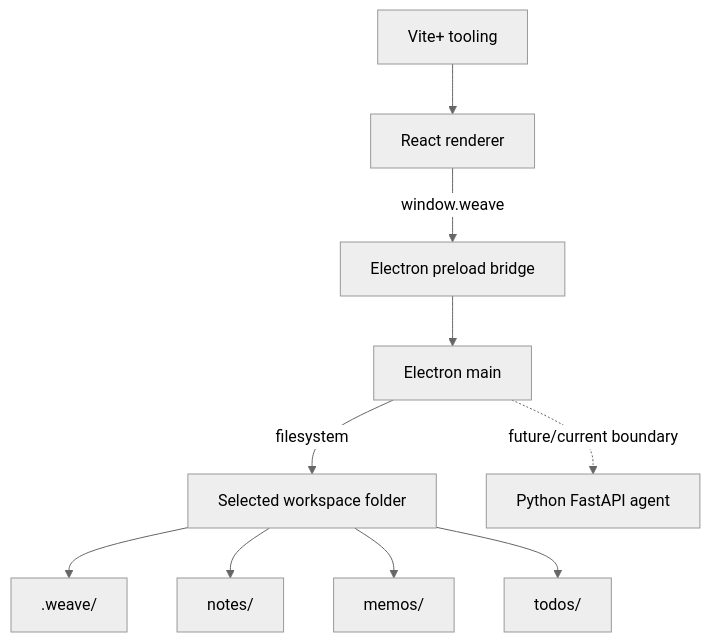
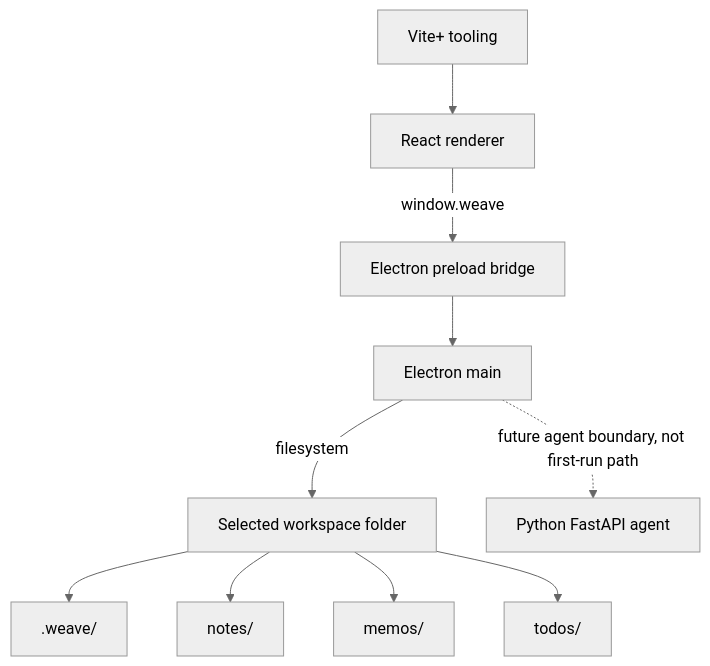
One commit to deweyou/weave changed the first of 2 diagrams in docs/architecture.md. Above: the diagram before and after it, drawn with Mermaid (neutral theme). The commit also changed other lines of this file and 1 other file, not shown here.

Commit message:
docs: clarify current electron runtime state

````diff
--- a/docs/architecture.md
+++ b/docs/architecture.md
@@ -3,12 +3,12 @@
 ```mermaid
 flowchart TD
     VP["Vite+ tooling"] --> UI["React renderer"]
     UI -->|window.weave| Preload["Electron preload bridge"]
     Preload --> Main["Electron main"]
     Main -->|filesystem| Workspace["Selected workspace folder"]
     Workspace --> DotWeave[".weave/"]
     Workspace --> Notes["notes/"]
     Workspace --> Memos["memos/"]
     Workspace --> Todos["todos/"]
-    Main -. future/current boundary .-> Agent["Python FastAPI agent"]
+    Main -. future agent boundary, not first-run path .-> Agent["Python FastAPI agent"]
 ```
````
